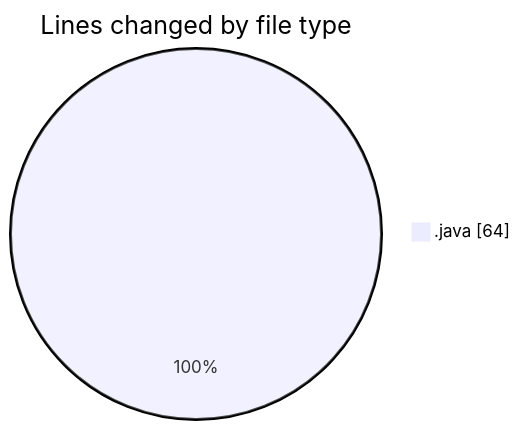
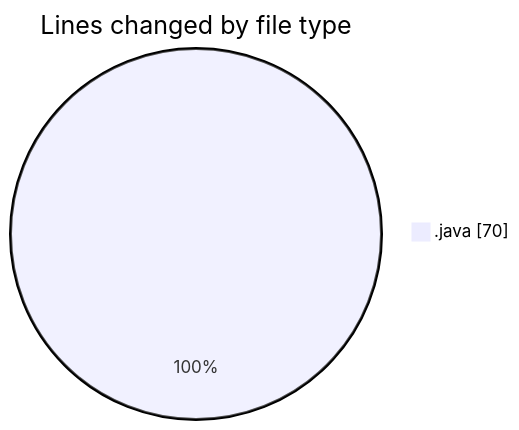
Before and after one commit to ricardozamudiocil/code-tracking: the first of 2 diagrams in 2026-06-18/cilapp/README.md, drawn with Mermaid. The commit also changed other lines of this file and 1 other file, not shown here.

````diff
--- a/2026-06-18/cilapp/README.md
+++ b/2026-06-18/cilapp/README.md
@@ -20,5 +20,5 @@
 ```mermaid
 pie showData
 title Lines changed by file type
-".java" : 64
+".java" : 70
 ```
````
